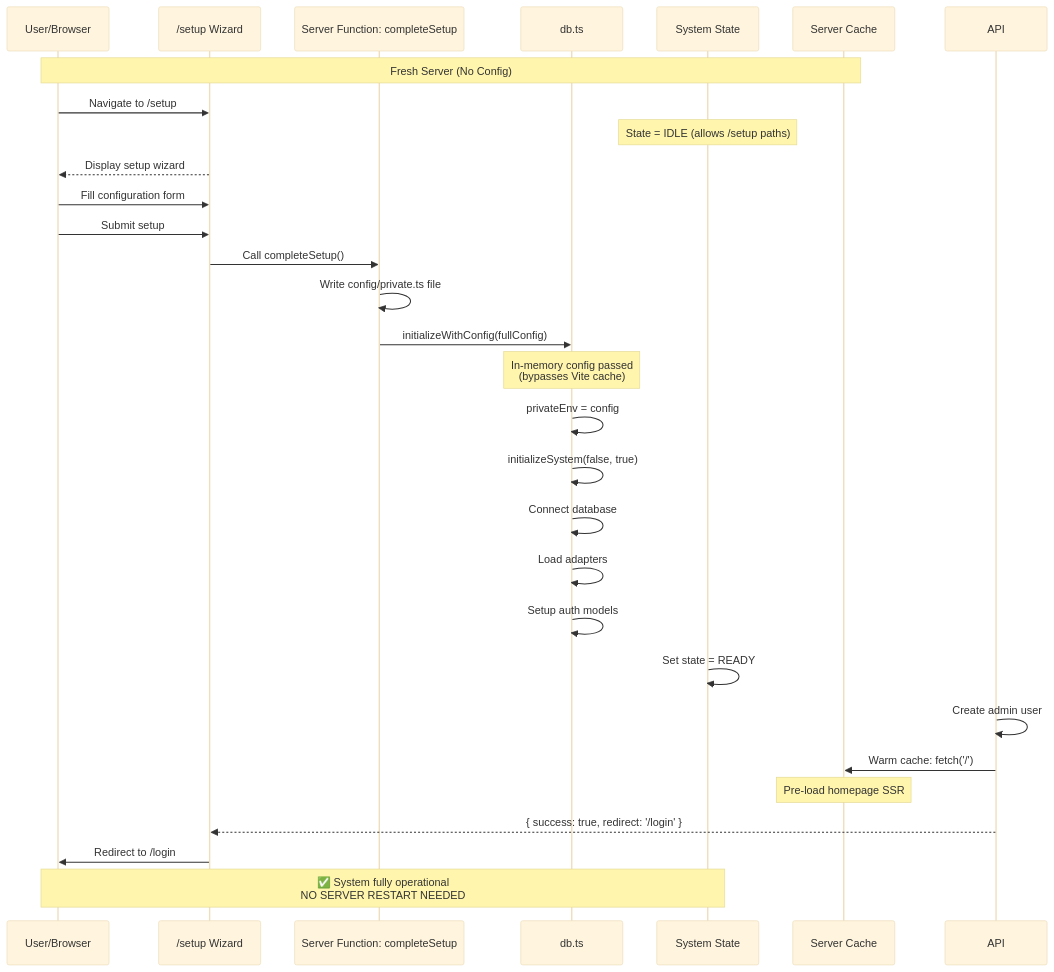
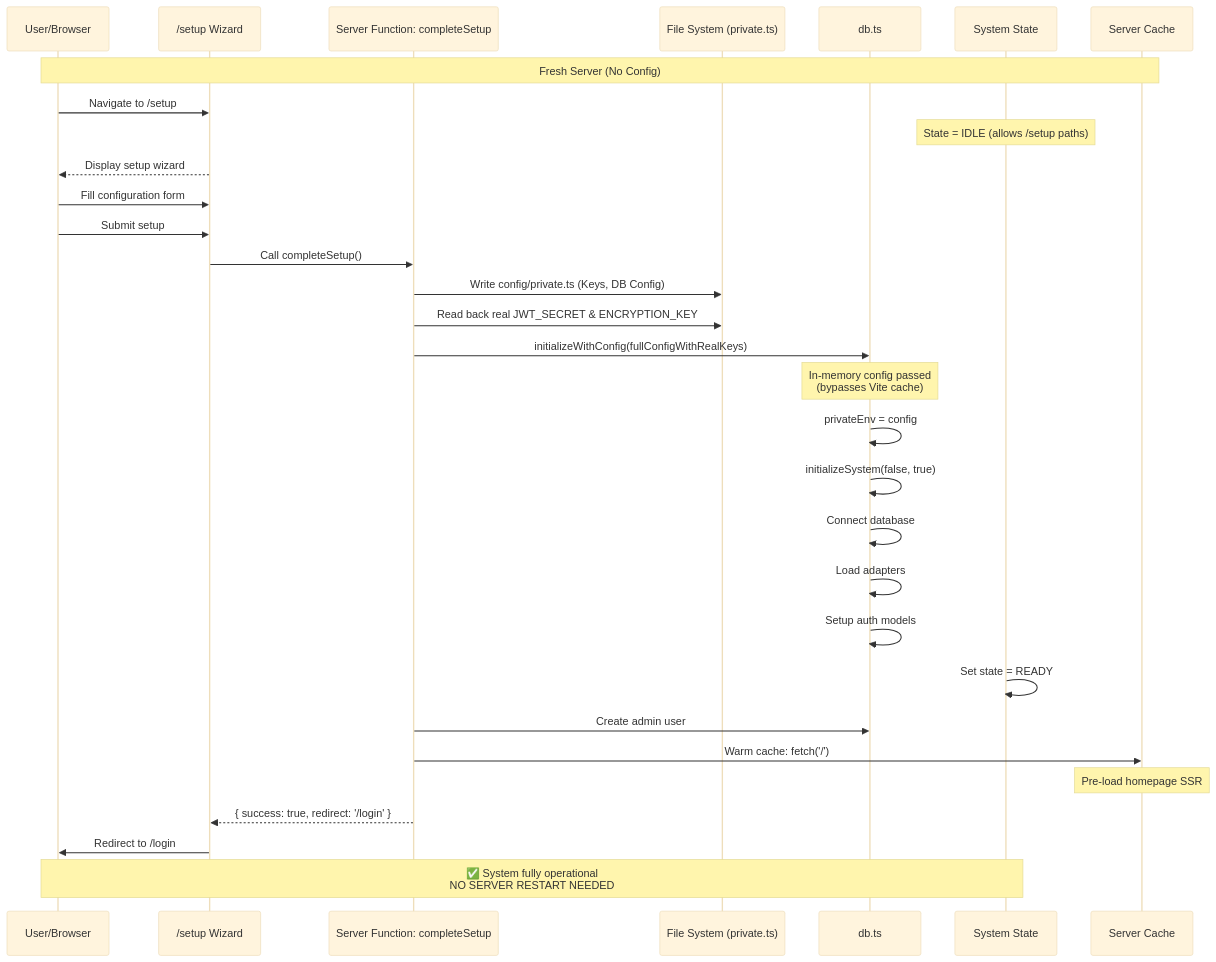
The second of 2 diagrams in docs/architecture/server-hooks.mdx (TamoorArif/SveltyCMS), drawn with Mermaid (base theme) before and after one commit. The commit also changed other lines of this file and 38 other files, not shown here.

````diff
--- a/docs/architecture/server-hooks.mdx
+++ b/docs/architecture/server-hooks.mdx
@@ -147,39 +147,42 @@
 ```mermaid
 sequenceDiagram
     participant User as User/Browser
     participant Setup as /setup Wizard
     participant SF as Server Function: completeSetup
+    participant FS as File System (private.ts)
     participant DB as db.ts
     participant State as System State
     participant Cache as Server Cache
 
     Note over User,Cache: Fresh Server (No Config)
 
     User->>Setup: Navigate to /setup
     Note over State: State = IDLE (allows /setup paths)
     Setup-->>User: Display setup wizard
 
     User->>Setup: Fill configuration form
     User->>Setup: Submit setup
 
     Setup->>SF: Call completeSetup()
-    SF->>SF: Write config/private.ts file
-    SF->>DB: initializeWithConfig(fullConfig)
+    SF->>FS: Write config/private.ts (Keys, DB Config)
+    SF->>FS: Read back real JWT_SECRET & ENCRYPTION_KEY
+
+    SF->>DB: initializeWithConfig(fullConfigWithRealKeys)
     Note over DB: In-memory config passed<br/>(bypasses Vite cache)
 
     DB->>DB: privateEnv = config
     DB->>DB: initializeSystem(false, true)
     DB->>DB: Connect database
     DB->>DB: Load adapters
     DB->>DB: Setup auth models
     State->>State: Set state = READY
 
-    API->>API: Create admin user
-    API->>Cache: Warm cache: fetch('/')
+    SF->>DB: Create admin user
+    SF->>Cache: Warm cache: fetch('/')
     Note over Cache: Pre-load homepage SSR
 
-    API-->>Setup: { success: true, redirect: '/login' }
+    SF-->>Setup: { success: true, redirect: '/login' }
     Setup->>User: Redirect to /login
 
     Note over User,State: ✅ System fully operational<br/>NO SERVER RESTART NEEDED
 ```
````
